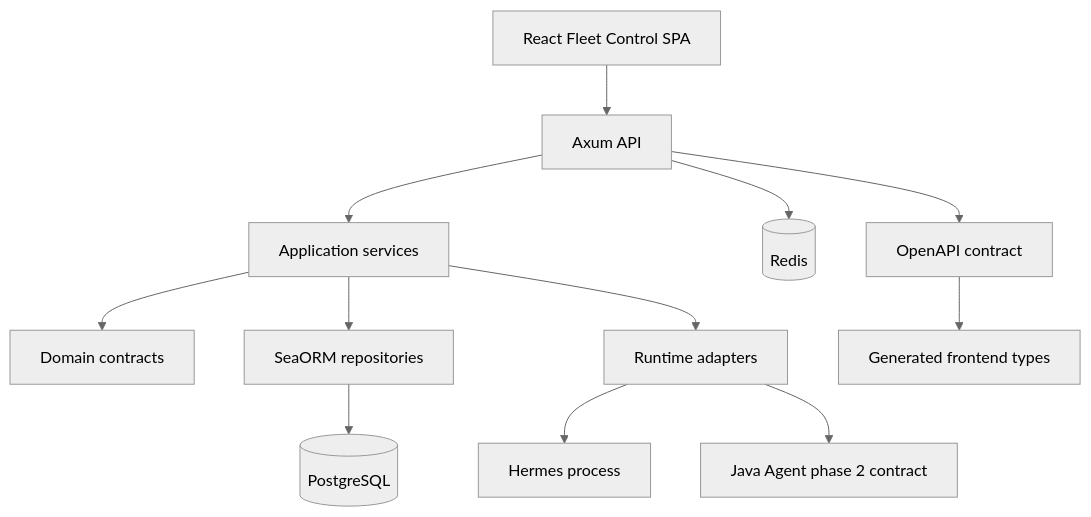
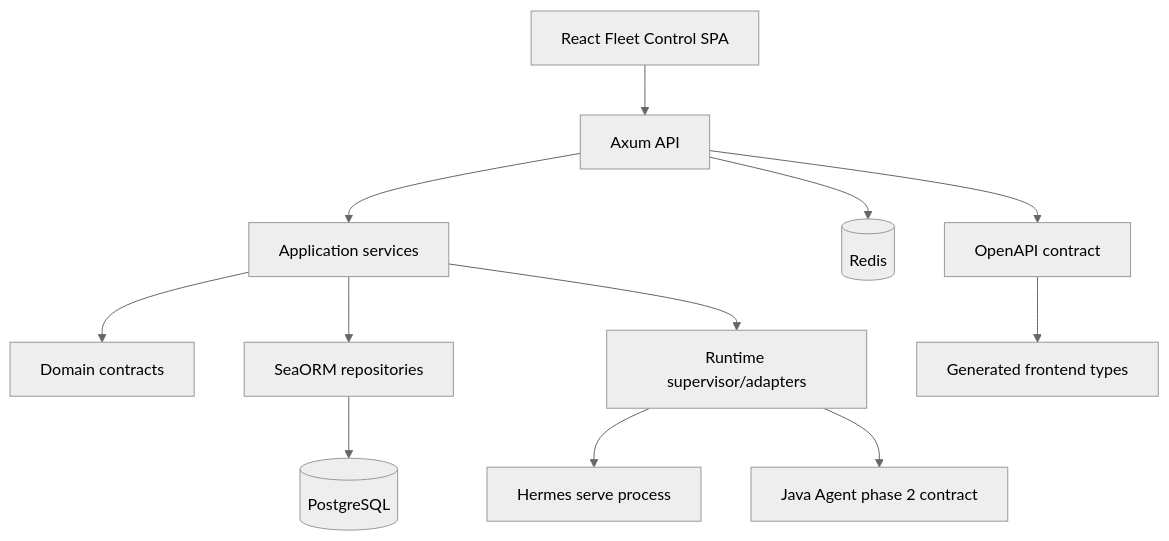
One commit to FerrPOINT/fleet-control changed the diagram in README.md. Above: the diagram before and after it, drawn with Mermaid (neutral theme). The commit also changed other lines of this file and 283 other files, not shown here.

````diff
--- a/README.md
+++ b/README.md
@@ -187,14 +197,14 @@
 ```mermaid
 flowchart TD
     UI[React Fleet Control SPA] --> API[Axum API]
     API --> App[Application services]
     App --> Domain[Domain contracts]
     App --> Repo[SeaORM repositories]
     Repo --> DB[(PostgreSQL)]
     API --> Redis[(Redis)]
-    App --> Runtime[Runtime adapters]
-    Runtime --> Hermes[Hermes process]
+    App --> Runtime[Runtime supervisor/adapters]
+    Runtime --> Hermes[Hermes serve process]
     Runtime --> Java[Java Agent phase 2 contract]
     API --> OpenAPI[OpenAPI contract]
     OpenAPI --> Gen[Generated frontend types]
 ```
````
